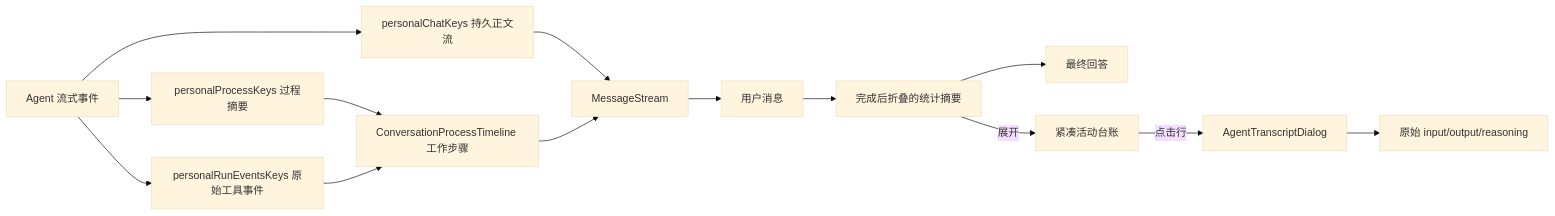
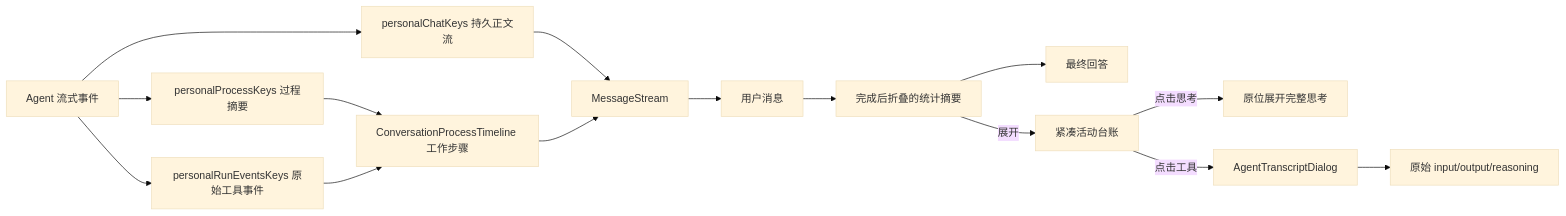
Before and after one commit to rambocode/cortex-work: the diagram in docs/conversation-process-timeline.md, drawn with Mermaid (base theme). The commit also changed other lines of this file and 12 other files, not shown here.

````diff
--- a/docs/conversation-process-timeline.md
+++ b/docs/conversation-process-timeline.md
@@ -22,16 +23,17 @@
 ```mermaid
 flowchart LR
   A[Agent 流式事件] --> B[personalProcessKeys 过程摘要]
   A --> K[personalRunEventsKeys 原始工具事件]
   A --> C[personalChatKeys 持久正文流]
   B --> D[ConversationProcessTimeline 工作步骤]
   K --> D
   C --> E[MessageStream]
   D --> E
   E --> F[用户消息]
   F --> G[完成后折叠的统计摘要]
   G --> H[最终回答]
   G -->|展开| I[紧凑活动台账]
-  I -->|点击行| J[AgentTranscriptDialog]
+  I -->|点击思考| M[原位展开完整思考]
+  I -->|点击工具| J[AgentTranscriptDialog]
   J --> L[原始 input/output/reasoning]
 ```
````
